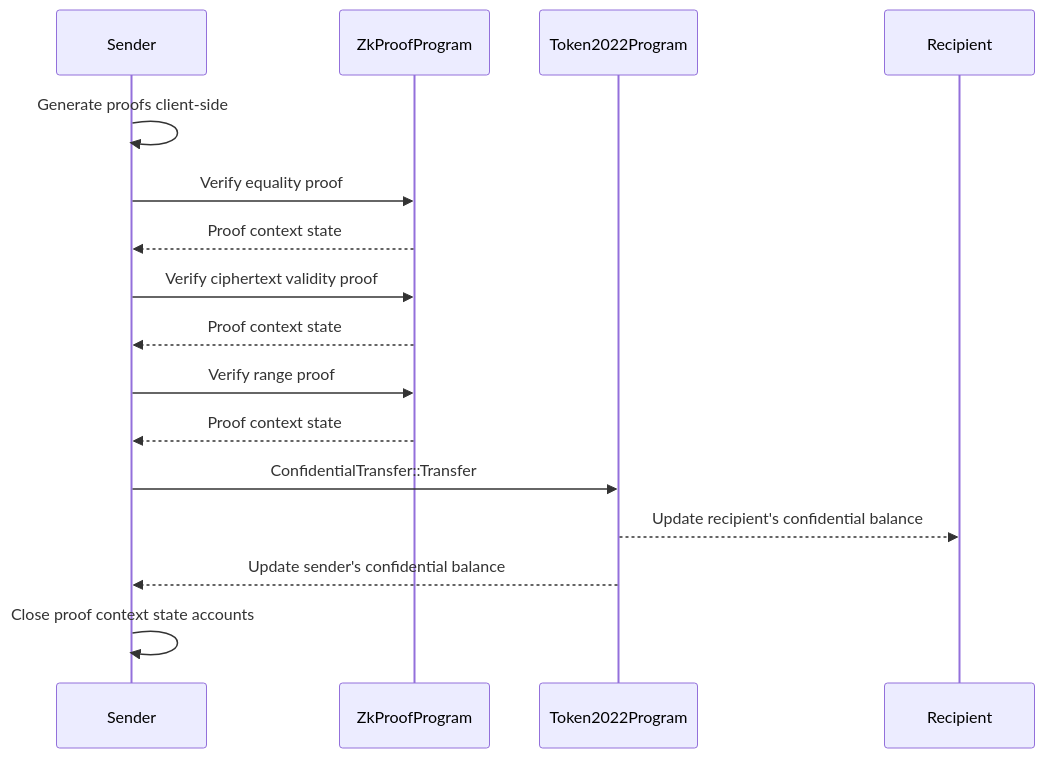
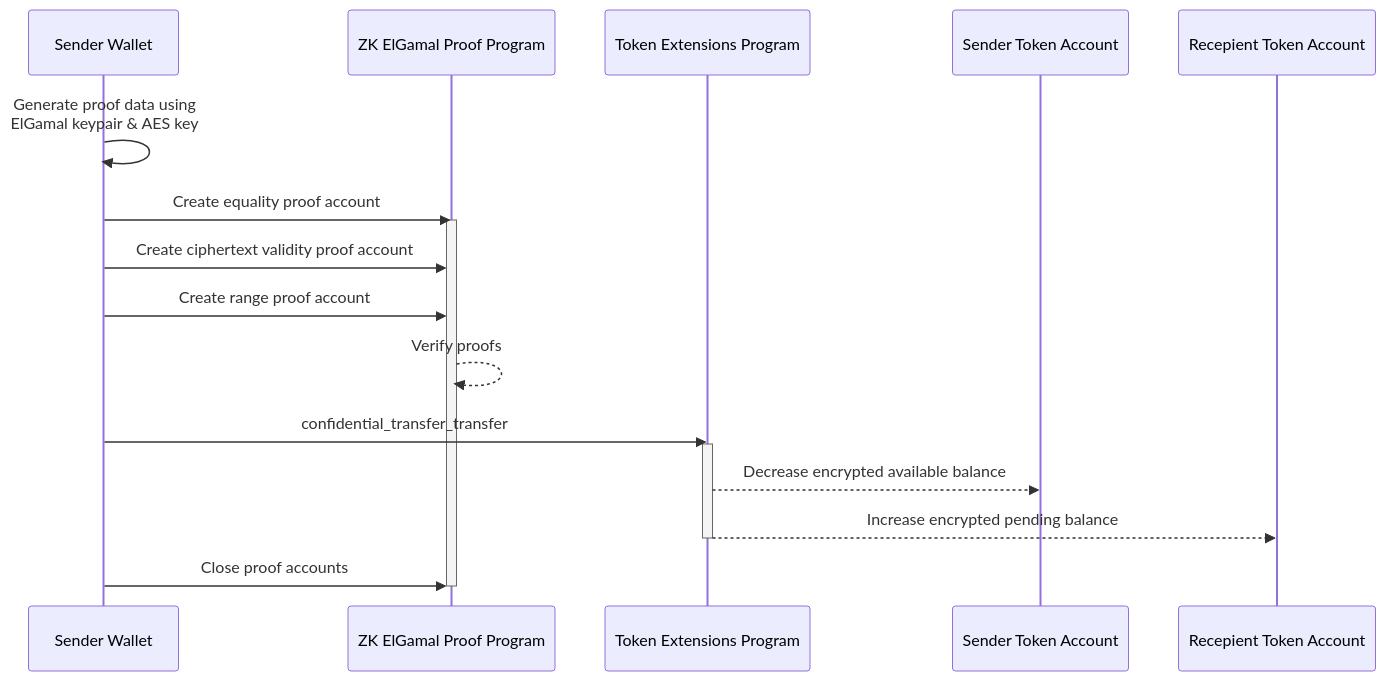
One commit to solana-foundation/solana-com changed the diagram in content/docs/tr/tokens/extensions/confidential-transfer/transfer-tokens.mdx. Above: the diagram before and after it, drawn with Mermaid. The commit also changed other lines of this file and 915 other files, not shown here.

````diff
--- a/content/docs/tr/tokens/extensions/confidential-transfer/transfer-tokens.mdx
+++ b/content/docs/tr/tokens/extensions/confidential-transfer/transfer-tokens.mdx
@@ -55,19 +56,25 @@
-```mermaid
+```mermaid title="Transfer Tokens"
 sequenceDiagram
-    participant Sender
-    participant ZkProofProgram
-    participant Token2022Program
-    participant Recipient
+    participant Owner as Sender Wallet
+    participant ElGamal as ZK ElGamal Proof Program
+    participant Token22 as Token Extensions Program
+    participant SourceAccount as Sender Token Account
+    participant DestAccount as Recepient Token Account
 
-    Sender->>Sender: Generate proofs client-side
-    Sender->>ZkProofProgram: Verify equality proof
-    ZkProofProgram-->>Sender: Proof context state
-    Sender->>ZkProofProgram: Verify ciphertext validity proof
-    ZkProofProgram-->>Sender: Proof context state
-    Sender->>ZkProofProgram: Verify range proof
-    ZkProofProgram-->>Sender: Proof context state
-    Sender->>Token2022Program: ConfidentialTransfer::Transfer
-    Token2022Program-->>Recipient: Update recipient's confidential balance
-    Token2022Program-->>Sender: Update sender's confidential balance
-    Sender->>Sender: Close proof context state accounts
+    Owner->>Owner: Generate proof data using<br>ElGamal keypair & AES key
+
+    Owner->>ElGamal: Create equality proof account
+    activate ElGamal
+    Owner->>ElGamal: Create ciphertext validity proof account
+    Owner->>ElGamal: Create range proof account
+    ElGamal-->>ElGamal: Verify proofs
+
+    Owner->>Token22: confidential_transfer_transfer
+    activate Token22
+    Token22-->>SourceAccount: Decrease encrypted available balance
+    Token22-->>DestAccount: Increase encrypted pending balance
+    deactivate Token22
+
+    Owner->>ElGamal: Close proof accounts
+    deactivate ElGamal
 ```
````
